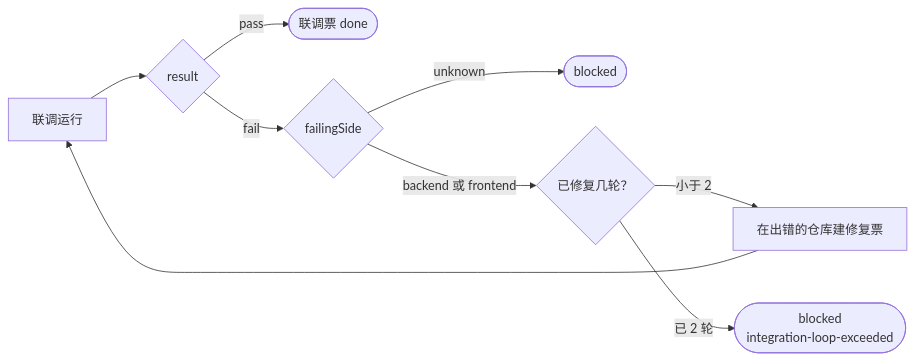
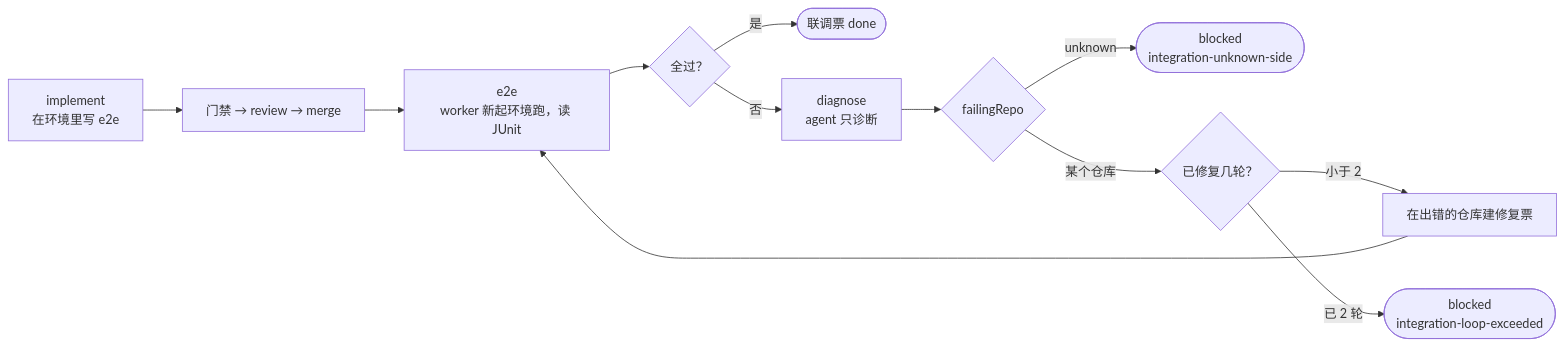
One commit to xxh171015/afk-platform changed diagram 16 of 22 in docs/design.md. Above: the diagram before and after it, drawn with Mermaid. The commit also changed other lines of this file and 3 other files, not shown here.

````diff
--- a/docs/design.md
+++ b/docs/design.md
@@ -703,11 +716,14 @@
 ```mermaid
 flowchart LR
-    it["联调运行"] --> r{"result"}
-    r -->|pass| ok(["联调票 done"])
-    r -->|fail| side{"failingSide"}
-    side -->|unknown| bk(["blocked"])
-    side -->|backend 或 frontend| n{"已修复几轮？"}
+    impl["implement<br/>在环境里写 e2e"] --> rest["门禁 → review → merge"]
+    rest --> e2e["e2e<br/>worker 新起环境跑，读 JUnit"]
+    e2e --> r{"全过？"}
+    r -->|是| ok(["联调票 done"])
+    r -->|否| diag["diagnose<br/>agent 只诊断"]
+    diag --> side{"failingRepo"}
+    side -->|unknown| bk(["blocked<br/>integration-unknown-side"])
+    side -->|某个仓库| n{"已修复几轮？"}
     n -->|小于 2| fix["在出错的仓库建修复票"]
-    fix --> it
+    fix --> e2e
     n -->|已 2 轮| bk2(["blocked<br/>integration-loop-exceeded"])
 ```
````
